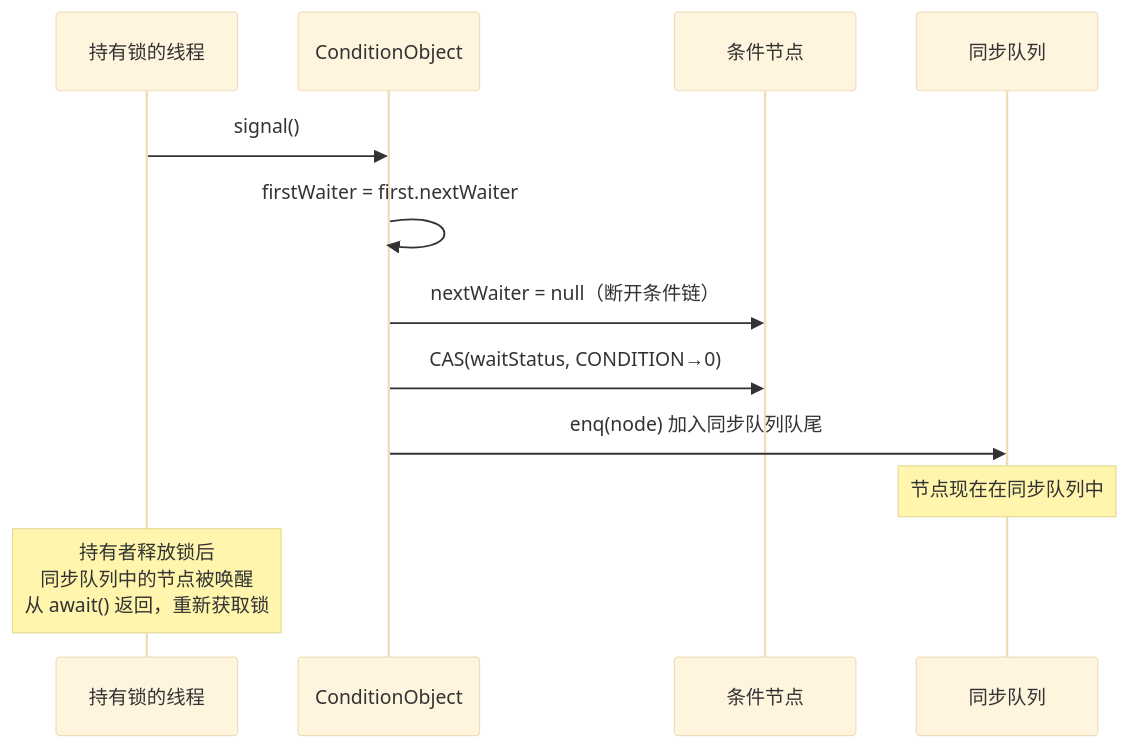
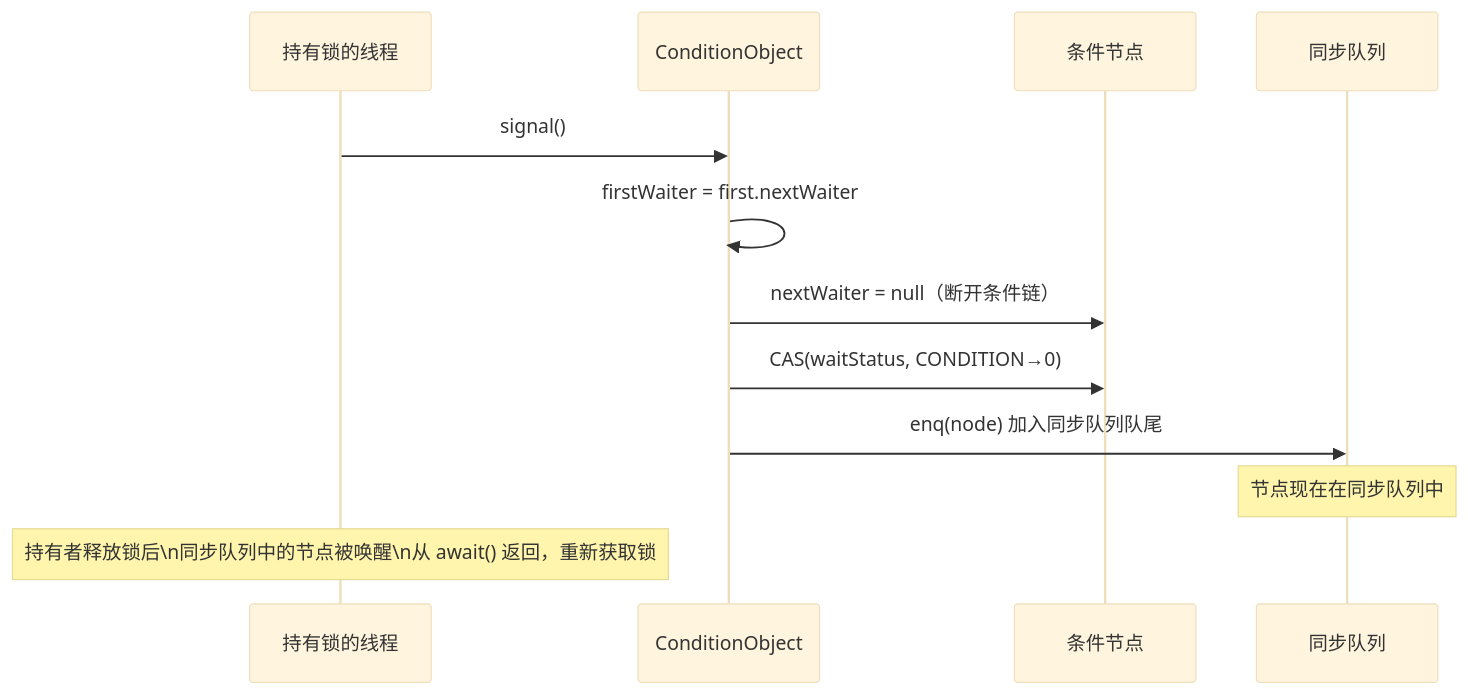
One commit to yaocat55/yaocat55.github.io changed the ninth of 11 diagrams in content/posts/concurrency/AqsDeepAnalysis.md. Above: the diagram before and after it, drawn with Mermaid (base theme). The commit also changed other lines of this file and 155 other files, not shown here.

````diff
--- a/content/posts/concurrency/AqsDeepAnalysis.md
+++ b/content/posts/concurrency/AqsDeepAnalysis.md
@@ -576,16 +631,16 @@
 ```mermaid
 sequenceDiagram
     participant Holder as 持有锁的线程
     participant Cond as ConditionObject
     participant Node as 条件节点
     participant SyncQ as 同步队列
 
     Holder->>Cond: signal()
     Cond->>Cond: firstWaiter = first.nextWaiter
     Cond->>Node: nextWaiter = null（断开条件链）
     Cond->>Node: CAS(waitStatus, CONDITION→0)
     Cond->>SyncQ: enq(node) 加入同步队列队尾
     Note over SyncQ: 节点现在在同步队列中
 
-    Note over Holder: 持有者释放锁后<br/>同步队列中的节点被唤醒<br/>从 await() 返回，重新获取锁
+    Note over Holder: 持有者释放锁后\n同步队列中的节点被唤醒\n从 await() 返回，重新获取锁
 ```
````
